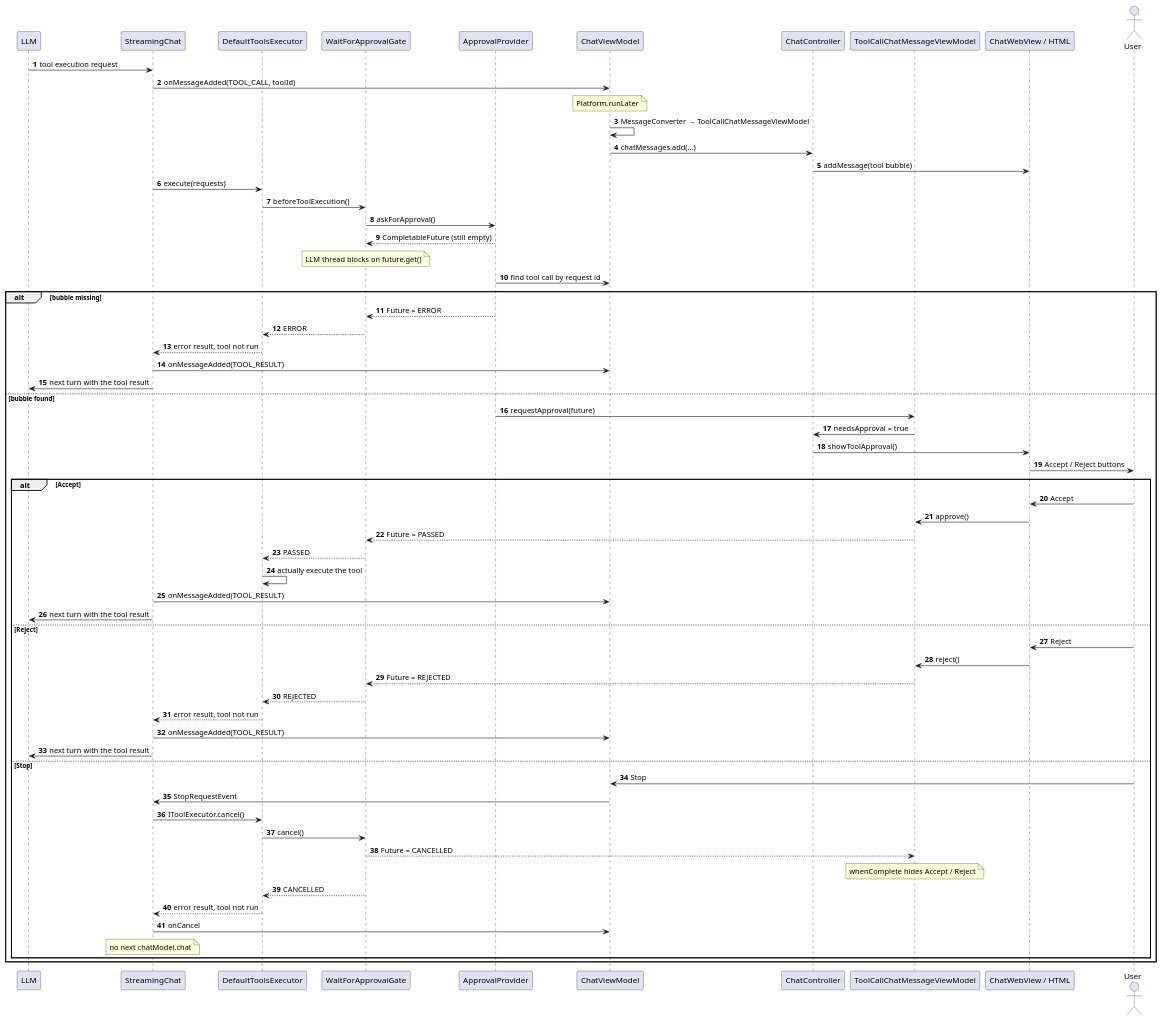
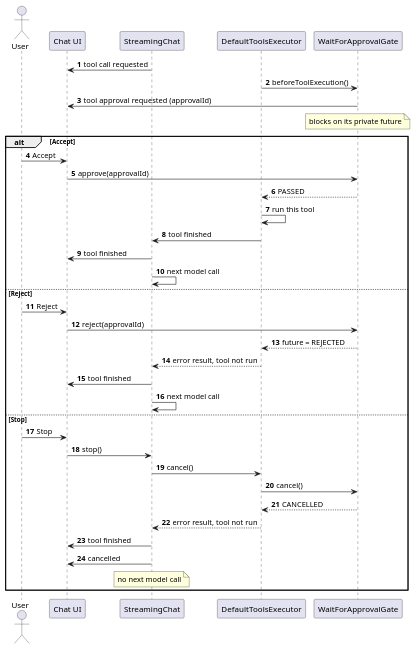
Before and after one commit to przemSzer/Desktop-LLM-Client: the first of 2 diagrams in docs/tools/tool-approval.adoc, drawn with PlantUML. The commit also changed other lines of this file and 25 other files, not shown here.

Commit message:
documentation for tools approval and for new architecture

```diff
--- a/docs/tools/tool-approval.adoc
+++ b/docs/tools/tool-approval.adoc
@@ -52,72 +17,44 @@
 [plantuml]
 ----
 @startuml
 autonumber
 
-participant LLM
+actor User
+participant "Chat UI" as UI
 participant "StreamingChat" as SC
 participant "DefaultToolsExecutor" as EX
 participant "WaitForApprovalGate" as GATE
-participant "ApprovalProvider" as AP
-participant "ChatViewModel" as CVM
-participant "ChatController" as CC
-participant "ToolCallChatMessageViewModel" as VM
-participant "ChatWebView / HTML" as WV
-actor User
 
-LLM -> SC : tool execution request
-SC -> CVM : onMessageAdded(TOOL_CALL, toolId)
-note over CVM : Platform.runLater
-CVM -> CVM : MessageConverter → ToolCallChatMessageViewModel
-CVM -> CC : chatMessages.add(...)
-CC -> WV : addMessage(tool bubble)
+SC -> UI : tool call requested
+EX -> GATE : beforeToolExecution()
+GATE -> UI : tool approval requested (approvalId)
+note over GATE : blocks on its private future
 
-SC -> EX : execute(requests)
-EX -> GATE : beforeToolExecution()
-GATE -> AP : askForApproval()
-AP --> GATE : CompletableFuture (still empty)
-note over GATE : LLM thread blocks on future.get()
-
-AP -> CVM : find tool call by request id
-alt bubble missing
-    AP --> GATE : Future = ERROR
-    GATE --> EX : ERROR
+alt Accept
+    User -> UI : Accept
+    UI -> GATE : approve(approvalId)
+    GATE --> EX : PASSED
+    EX -> EX : run this tool
+    EX -> SC : tool finished
+    SC -> UI : tool finished
+    SC -> SC : next model call
+else Reject
+    User -> UI : Reject
+    UI -> GATE : reject(approvalId)
+    GATE --> EX : future = REJECTED
     EX --> SC : error result, tool not run
-    SC -> CVM : onMessageAdded(TOOL_RESULT)
-    SC -> LLM : next turn with the tool result
-else bubble found
-    AP -> VM : requestApproval(future)
-    VM -> CC : needsApproval = true
-    CC -> WV : showToolApproval()
-    WV -> User : Accept / Reject buttons
-    alt Accept
-        User -> WV : Accept
-        WV -> VM : approve()
-        VM --> GATE : Future = PASSED
-        GATE --> EX : PASSED
-        EX -> EX : actually execute the tool
-        SC -> CVM : onMessageAdded(TOOL_RESULT)
-        SC -> LLM : next turn with the tool result
-    else Reject
-        User -> WV : Reject
-        WV -> VM : reject()
-        VM --> GATE : Future = REJECTED
-        GATE --> EX : REJECTED
-        EX --> SC : error result, tool not run
-        SC -> CVM : onMessageAdded(TOOL_RESULT)
-        SC -> LLM : next turn with the tool result
-    else Stop
-        User -> CVM : Stop
-        CVM -> SC : StopRequestEvent
-        SC -> EX : IToolExecutor.cancel()
-        EX -> GATE : cancel()
-        GATE --> VM : Future = CANCELLED
-        note over VM : whenComplete hides Accept / Reject
-        GATE --> EX : CANCELLED
-        EX --> SC : error result, tool not run
-        SC -> CVM : onCancel
-        note over SC : no next chatModel.chat
-    end
+    SC -> UI : tool finished
+    SC -> SC : next model call
+else Stop
+    User -> UI : Stop
+    UI -> SC : stop()
+    SC -> EX : cancel()
+    EX -> GATE : cancel()
+    GATE --> EX : CANCELLED
+    EX --> SC : error result, tool not run
+    SC -> UI : tool finished
+    SC -> UI : cancelled
+    note over SC : no next model call
 end
 @enduml
 ----
```
